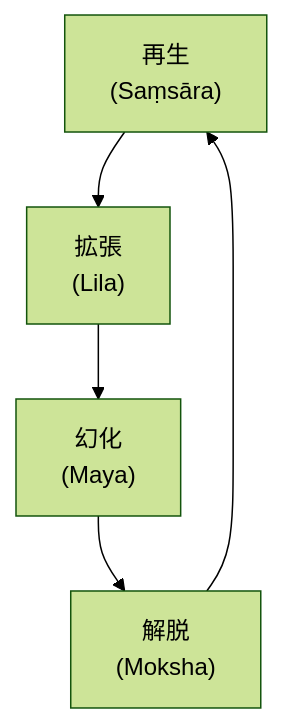
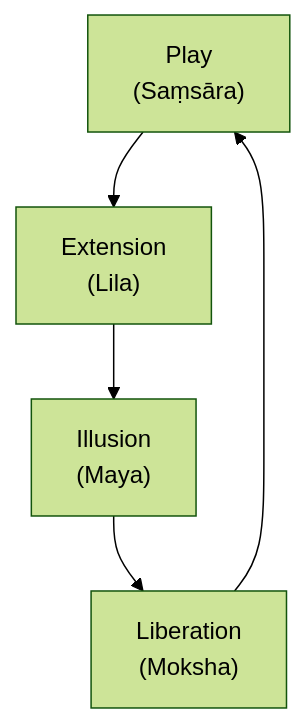
One commit to monumental-movement/monumental-movement.github.io changed the second of 4 diagrams in en/_posts/2025-10-05-Column-Shpongle.md. Above: the diagram before and after it, drawn with Mermaid (forest theme). The commit also changed other lines of this file and 1631 other files, not shown here.

```diff
--- a/en/_posts/2025-10-05-Column-Shpongle.md
+++ b/en/_posts/2025-10-05-Column-Shpongle.md
@@ -121,9 +119,9 @@
 <div class="mermaid">
 
 flowchart TD
-  A["生成<br>(Brahman)"] --> B["拡張<br>(Lila)"]
-  B --> C["幻化<br>(Maya)"]
-  C --> D["解脱<br>(Moksha)"]
-  D --> A["再生<br>(Saṃsāra)"]
+  A["Generation<br>(Brahman)"] --> B["Extension<br>(Lila)"]
+  B --> C["Illusion<br>(Maya)"]
+  C --> D["Liberation<br>(Moksha)"]
+  D --> A["Play<br>(Saṃsāra)"]
 
 </div>
```
